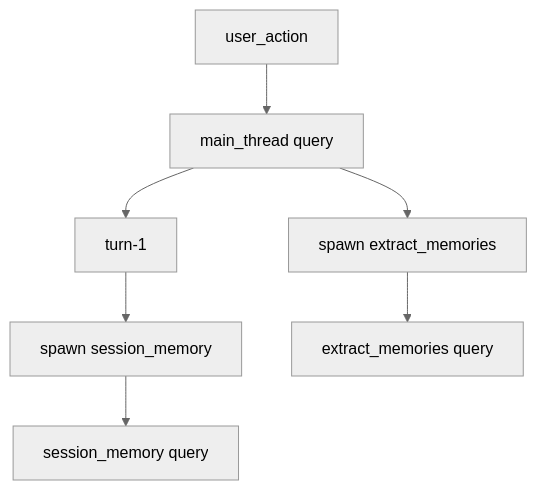
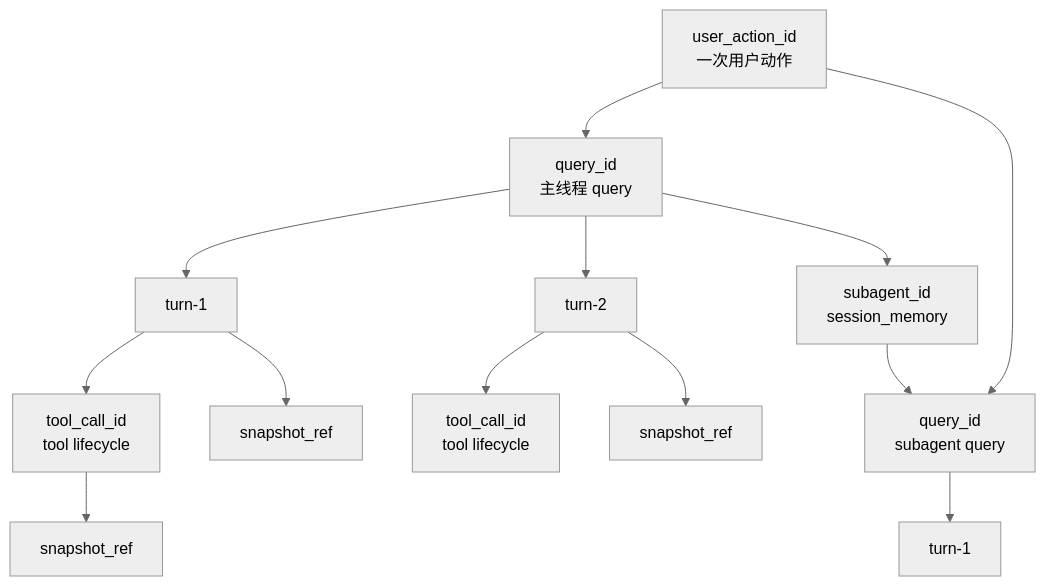
One commit to Bob10492/claude-code-poor changed the third of 14 diagrams in README.md. Above: the diagram before and after it, drawn with Mermaid (neutral theme). The commit also changed other lines of this file, not shown here.

````diff
--- a/README.md
+++ b/README.md
@@ -308,13 +178,19 @@
 ```mermaid
 flowchart TD
-  UA[user_action]
-  Q0[main_thread query]
-  T1[turn-1]
-  S1[spawn session_memory]
-  Q1[session_memory query]
-  S2[spawn extract_memories]
-  Q2[extract_memories query]
-  UA --> Q0 --> T1
-  T1 --> S1 --> Q1
-  Q0 --> S2 --> Q2
+  UA[user_action_id<br/>一次用户动作] --> Q1[query_id<br/>主线程 query]
+  UA --> Q2[query_id<br/>subagent query]
+
+  Q1 --> T1[turn-1]
+  Q1 --> T2[turn-2]
+  Q2 --> T3[turn-1]
+
+  T1 --> Tool1[tool_call_id<br/>tool lifecycle]
+  T2 --> Tool2[tool_call_id<br/>tool lifecycle]
+
+  Q1 --> S1[subagent_id<br/>session_memory]
+  S1 --> Q2
+
+  T1 --> Snap1[snapshot_ref]
+  T2 --> Snap2[snapshot_ref]
+  Tool1 --> Snap3[snapshot_ref]
 ```
````
